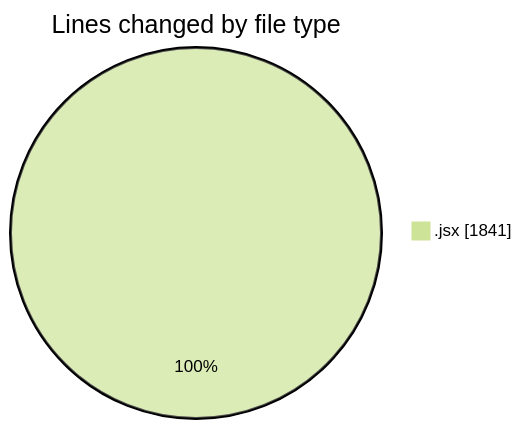
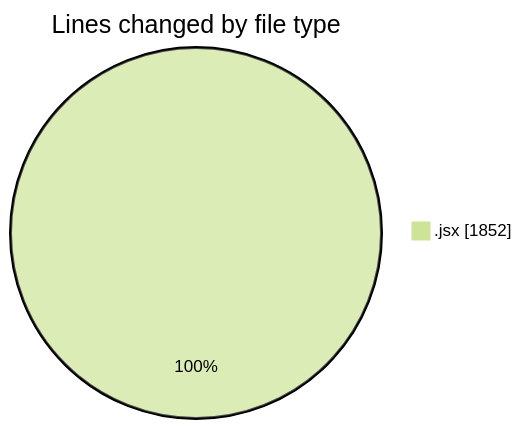
The first of 2 diagrams in 2025-05-26/nxtqube_webapp/README.md (nxtqubesakshisongat/code-tracking), drawn with Mermaid (forest theme) before and after one commit. The commit also changed other lines of this file and 1 other file, not shown here.

````diff
--- a/2025-05-26/nxtqube_webapp/README.md
+++ b/2025-05-26/nxtqube_webapp/README.md
@@ -20,5 +20,5 @@
 ```mermaid
 pie showData
 title Lines changed by file type
-".jsx" : 1841
+".jsx" : 1852
 ```
````
